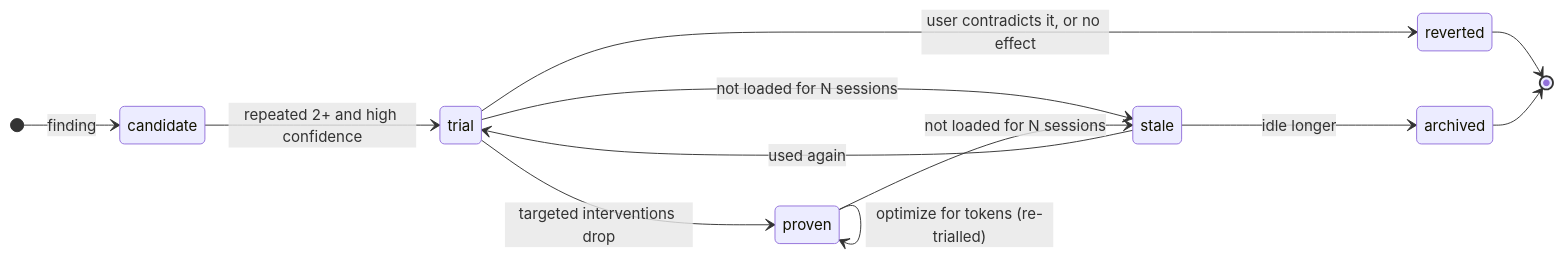
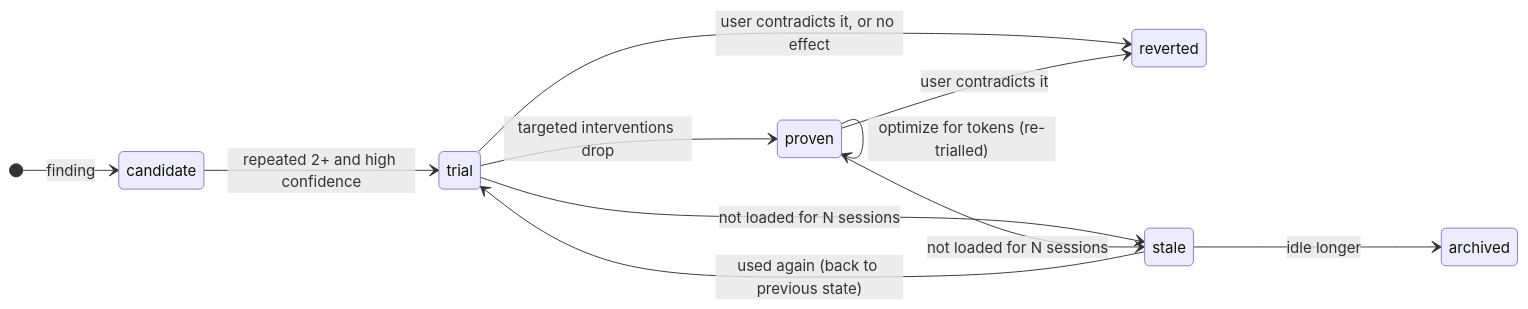
One commit to Juansasa/supermem changed the third of 4 diagrams in self-improvements/README.md. Above: the diagram before and after it, drawn with Mermaid. The commit also changed other lines of this file and 10 other files, not shown here.

````diff
--- a/self-improvements/README.md
+++ b/self-improvements/README.md
@@ -78,15 +79,14 @@
 ```mermaid
 stateDiagram-v2
   direction LR
   [*] --> candidate: finding
   candidate --> trial: repeated 2+ and high confidence
   trial --> proven: targeted interventions drop
   trial --> reverted: user contradicts it, or no effect
+  proven --> reverted: user contradicts it
   proven --> proven: optimize for tokens (re-trialled)
   trial --> stale: not loaded for N sessions
   proven --> stale: not loaded for N sessions
-  stale --> trial: used again
+  stale --> trial: used again (back to previous state)
   stale --> archived: idle longer
-  reverted --> [*]
-  archived --> [*]
 ```
````
